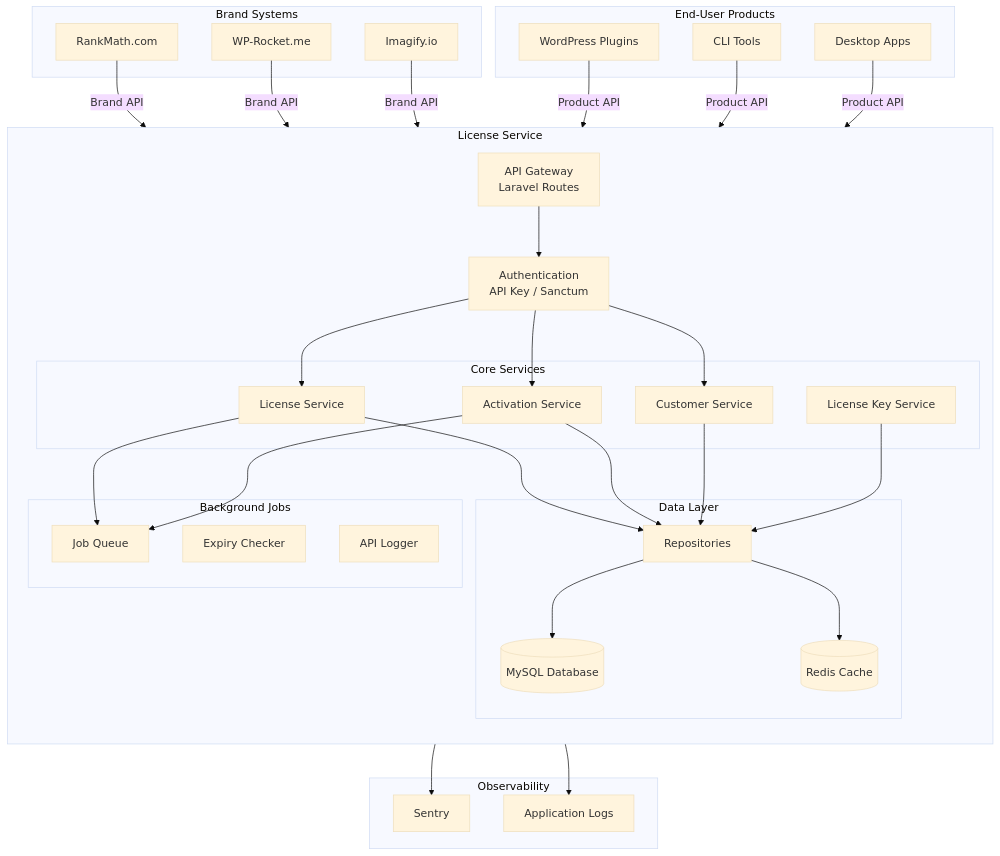
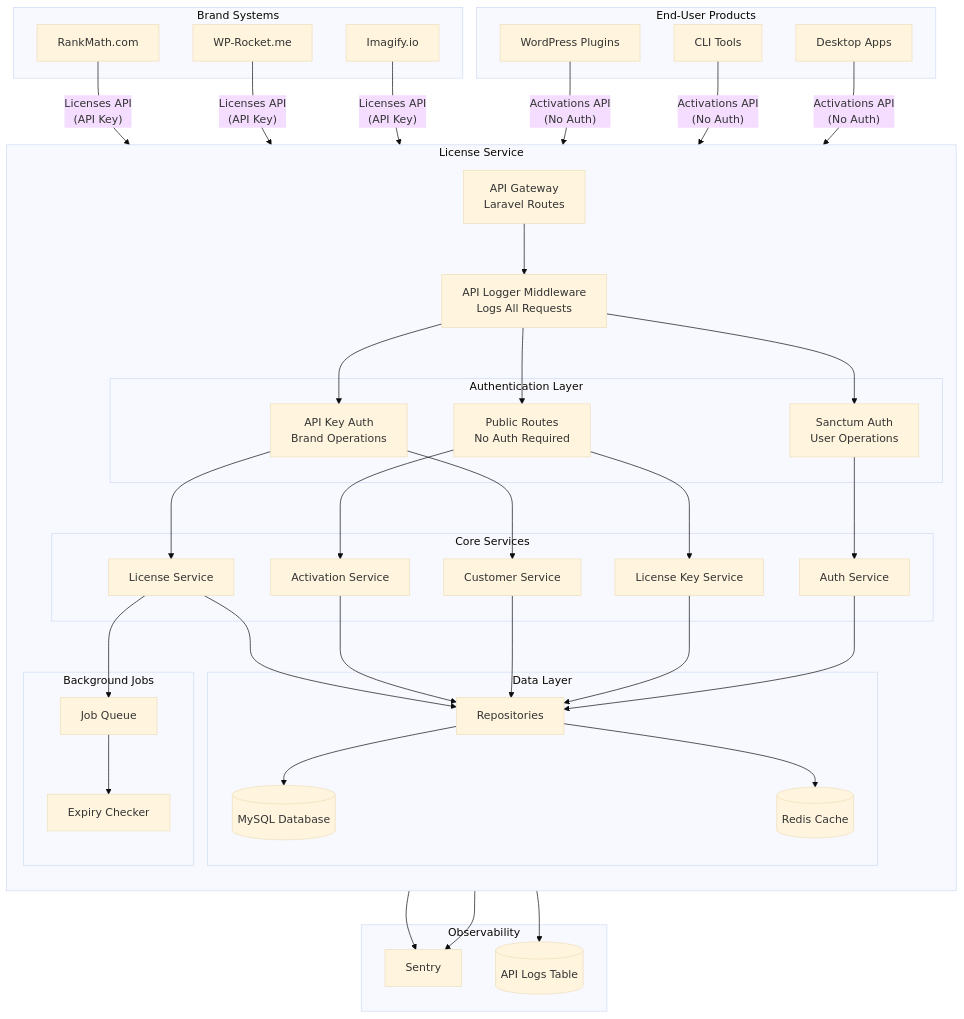
The first of 5 diagrams in Explanation.md (abdulsamad245/group.one-technical-assessment), drawn with Mermaid (base theme) before and after one commit. The commit also changed other lines of this file, not shown here.

````diff
--- a/Explanation.md
+++ b/Explanation.md
@@ -59,67 +59,83 @@
         WPR[WP-Rocket.me]
         IMG[Imagify.io]
     end
-    
+
     subgraph "End-User Products"
         WPP[WordPress Plugins]
         CLI[CLI Tools]
         APP[Desktop Apps]
     end
-    
+
     subgraph "License Service"
         direction TB
         API[API Gateway<br/>Laravel Routes]
-        AUTH[Authentication<br/>API Key / Sanctum]
-        
+        APILOG[API Logger Middleware<br/>Logs All Requests]
+
+        subgraph "Authentication Layer"
+            PUB[Public Routes<br/>No Auth Required]
+            APIKEY[API Key Auth<br/>Brand Operations]
+            SANC[Sanctum Auth<br/>User Operations]
+        end
+
         subgraph "Core Services"
             LS[License Service]
             AS[Activation Service]
             CS[Customer Service]
             LKS[License Key Service]
+            AUTHS[Auth Service]
         end
-        
+
         subgraph "Data Layer"
             REPO[Repositories]
             DB[(MySQL Database)]
             CACHE[(Redis Cache)]
         end
-        
+
         subgraph "Background Jobs"
             QUEUE[Job Queue]
             EXP[Expiry Checker]
-            LOG[API Logger]
         end
     end
-    
+
     subgraph "Observability"
         SENTRY[Sentry]
-        LOGS[Application Logs]
+        LOGS[(API Logs Table)]
     end
-    
-    RM -->|Brand API| API
-    WPR -->|Brand API| API
-    IMG -->|Brand API| API
-    
-    WPP -->|Product API| API
-    CLI -->|Product API| API
-    APP -->|Product API| API
-    
-    API --> AUTH
-    AUTH --> LS
-    AUTH --> AS
-    AUTH --> CS
-    
+
+    RM -->|"Licenses API<br/>(API Key)"| API
+    WPR -->|"Licenses API<br/>(API Key)"| API
+    IMG -->|"Licenses API<br/>(API Key)"| API
+
+    WPP -->|"Activations API<br/>(No Auth)"| API
+    CLI -->|"Activations API<br/>(No Auth)"| API
+    APP -->|"Activations API<br/>(No Auth)"| API
+
+    API --> APILOG
+    APILOG --> PUB
+    APILOG --> APIKEY
+    APILOG --> SANC
+    APILOG --> LOGS
+
+    PUB --> AS
+    PUB --> LKS
+
+    APIKEY --> LS
+    APIKEY --> CS
+
+    SANC --> AUTHS
+
     LS --> REPO
     AS --> REPO
     CS --> REPO
     LKS --> REPO
-    
+    AUTHS --> REPO
+
     REPO --> DB
     REPO --> CACHE
-    
+
     LS --> QUEUE
-    AS --> QUEUE
-    
-    API --> SENTRY
-    API --> LOGS
+    QUEUE --> EXP
+
+    LS --> SENTRY
+    AS --> SENTRY
 ```
````
